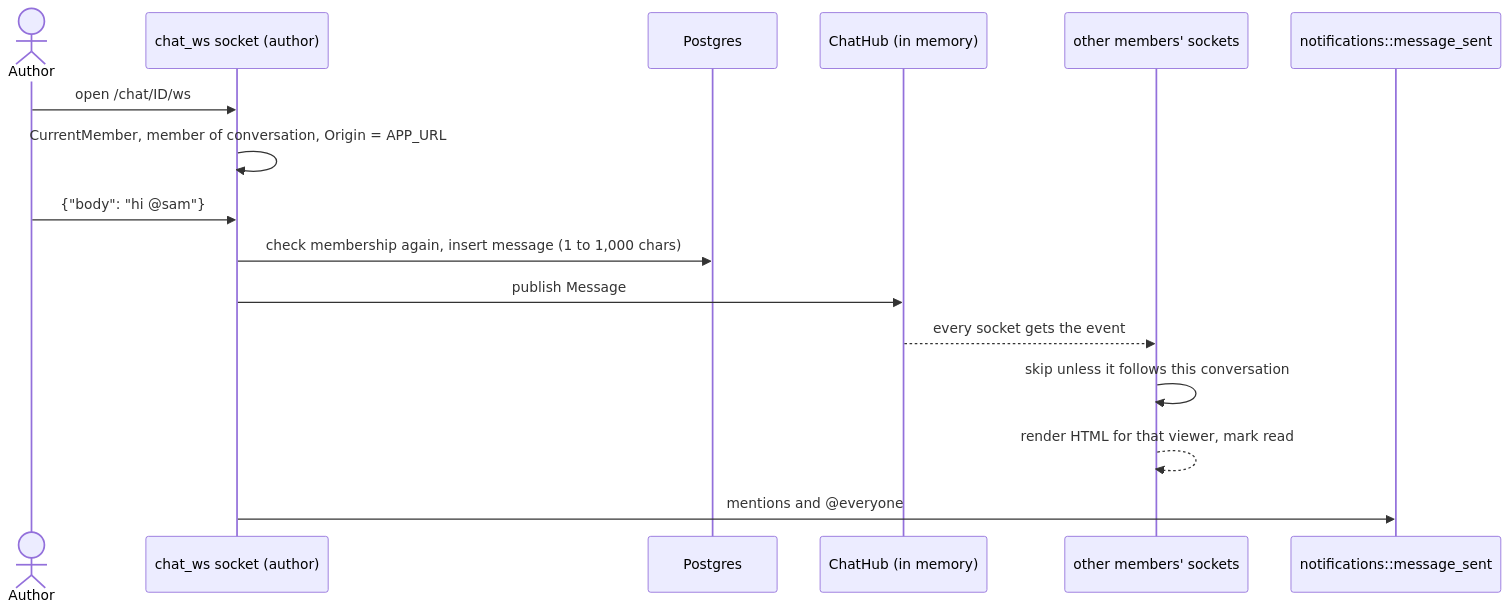
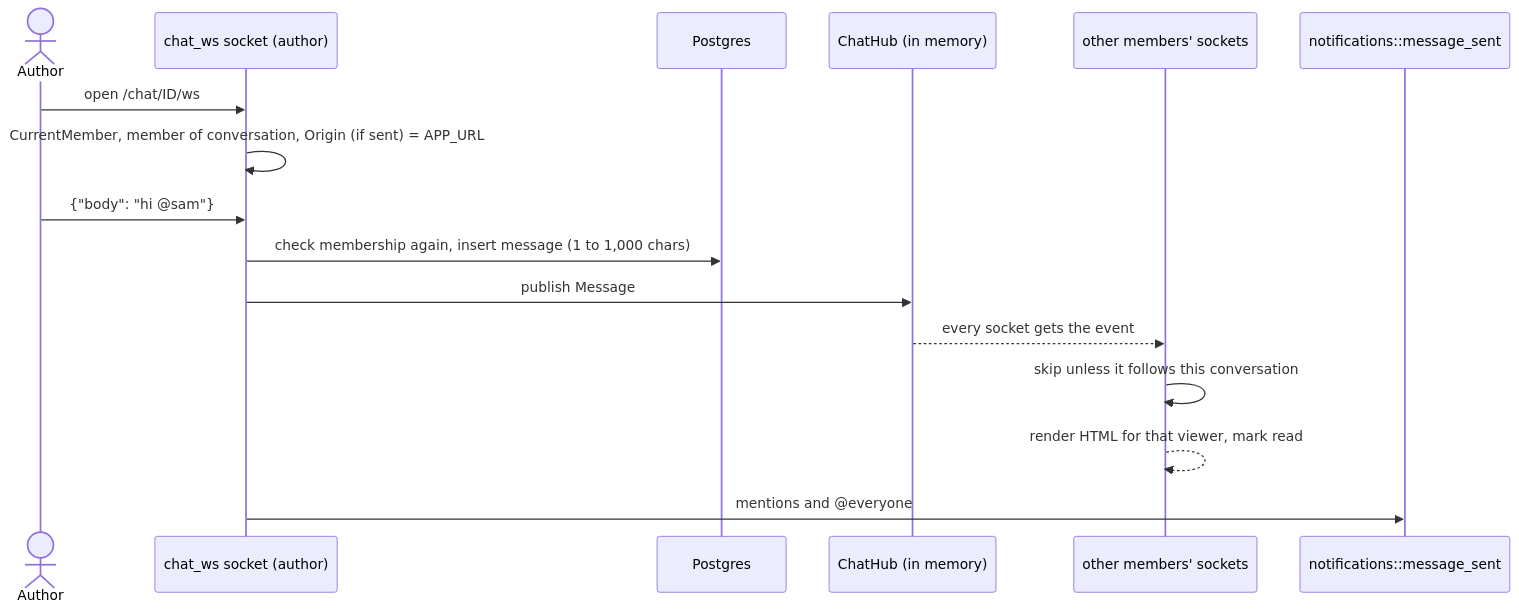
The first of 3 diagrams in docs/flows/chat.md (rajgurung/collaboration_tool), drawn with Mermaid before and after one commit. The commit also changed 2 other files, not shown here.

Commit message:
Docs: Claude connector flow; Origin check wording

````diff
--- a/docs/flows/chat.md
+++ b/docs/flows/chat.md
@@ -28,18 +28,18 @@
 ```mermaid
 sequenceDiagram
     actor A as Author
     participant WS as chat_ws socket (author)
     participant DB as Postgres
     participant Hub as ChatHub (in memory)
     participant WS2 as other members' sockets
     participant N as notifications::message_sent
     A->>WS: open /chat/ID/ws
-    WS->>WS: CurrentMember, member of conversation, Origin = APP_URL
+    WS->>WS: CurrentMember, member of conversation, Origin (if sent) = APP_URL
     A->>WS: {"body": "hi @sam"}
     WS->>DB: check membership again, insert message (1 to 1,000 chars)
     WS->>Hub: publish Message
     Hub-->>WS2: every socket gets the event
     WS2->>WS2: skip unless it follows this conversation
     WS2-->>WS2: render HTML for that viewer, mark read
     WS->>N: mentions and @everyone
 ```
````
